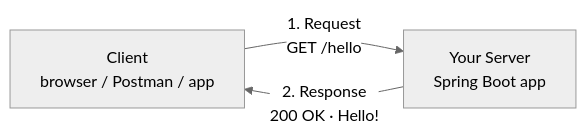
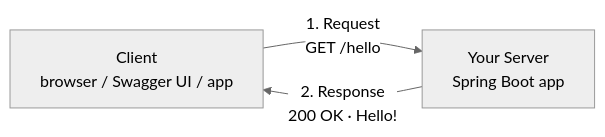
One commit to purvammm/TCS_Sessions changed the first of 12 diagrams in notes/session-1-spring-boot-foundations.md. Above: the diagram before and after it, drawn with Mermaid (neutral theme). The commit also changed other lines of this file and 11 other files, not shown here.

````diff
--- a/notes/session-1-spring-boot-foundations.md
+++ b/notes/session-1-spring-boot-foundations.md
@@ -109,5 +109,5 @@
 ```mermaid
 flowchart LR
-    A["Client<br/>browser / Postman / app"] -->|"1. Request<br/>GET /hello"| B["Your Server<br/>Spring Boot app"]
+    A["Client<br/>browser / Swagger UI / app"] -->|"1. Request<br/>GET /hello"| B["Your Server<br/>Spring Boot app"]
     B -->|"2. Response<br/>200 OK · Hello!"| A
 ```
````
